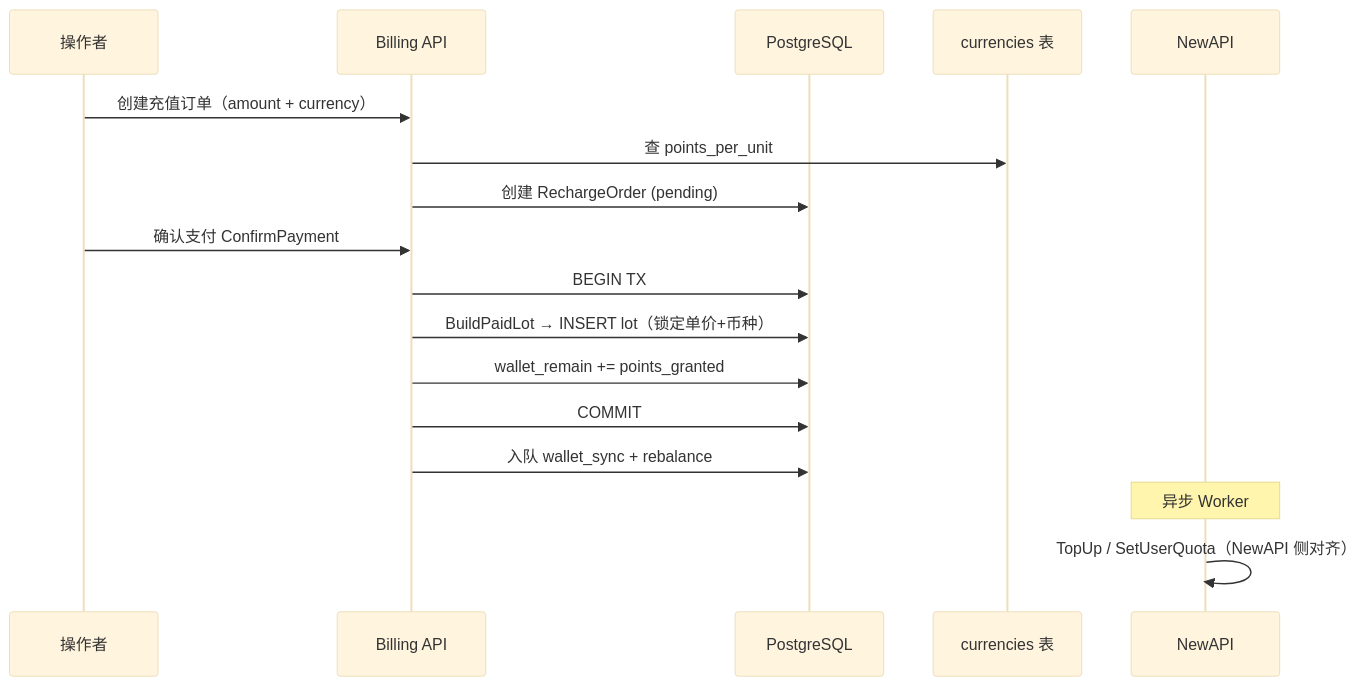
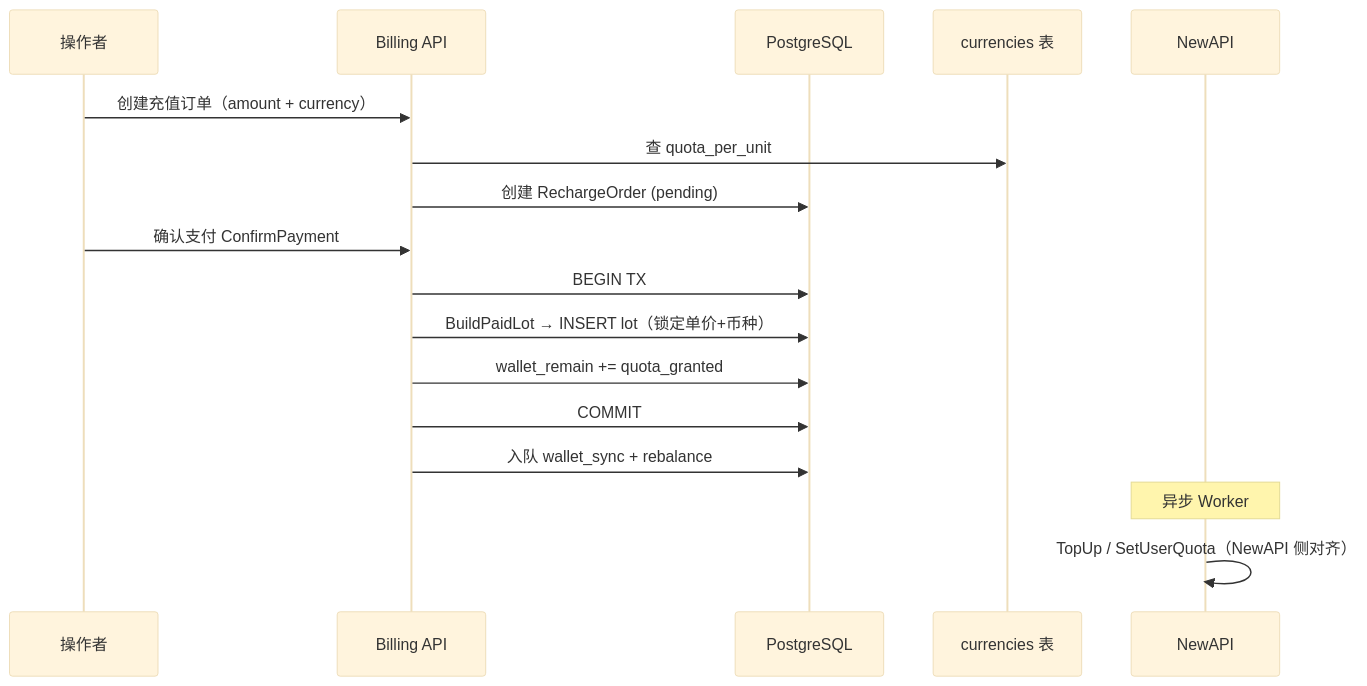
One commit to quyip8818/mytokenjoy changed the third of 15 diagrams in docs/reviews/架构分析-Token计费与钱包体系.md. Above: the diagram before and after it, drawn with Mermaid (base theme). The commit also changed other lines of this file and 17 other files, not shown here.

````diff
--- a/docs/reviews/架构分析-Token计费与钱包体系.md
+++ b/docs/reviews/架构分析-Token计费与钱包体系.md
@@ -142,20 +142,20 @@
 ```mermaid
 sequenceDiagram
   participant User as 操作者
   participant API as Billing API
   participant DB as PostgreSQL
   participant CUR as currencies 表
   participant NA as NewAPI
 
   User->>API: 创建充值订单（amount + currency）
-  API->>CUR: 查 points_per_unit
+  API->>CUR: 查 quota_per_unit
   API->>DB: 创建 RechargeOrder (pending)
   User->>API: 确认支付 ConfirmPayment
   API->>DB: BEGIN TX
   API->>DB: BuildPaidLot → INSERT lot（锁定单价+币种）
-  API->>DB: wallet_remain += points_granted
+  API->>DB: wallet_remain += quota_granted
   API->>DB: COMMIT
   API->>DB: 入队 wallet_sync + rebalance
   Note over NA: 异步 Worker
   NA->>NA: TopUp / SetUserQuota（NewAPI 侧对齐）
 ```
````
